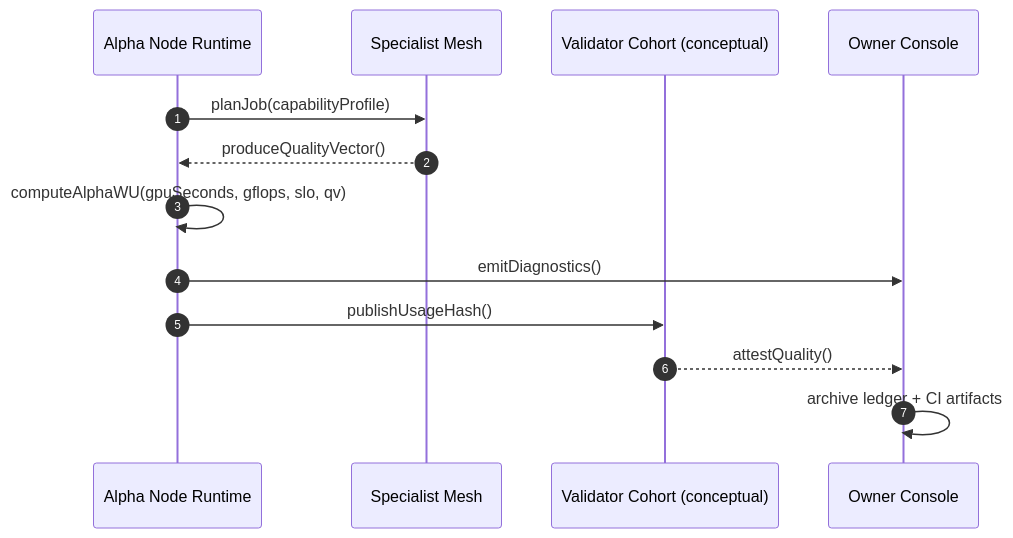
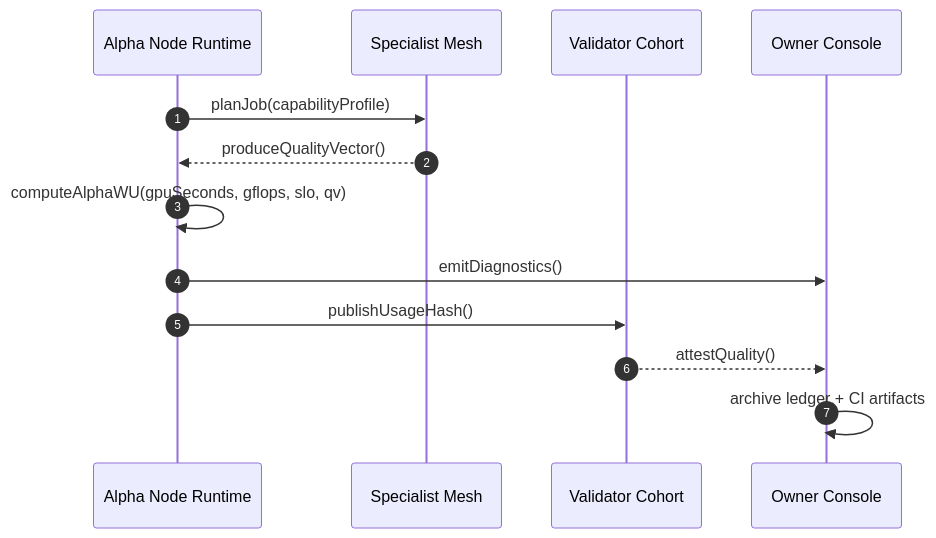
The second of 8 diagrams in docs/economics.md (MontrealAI/AGI-Alpha-Node-v0), drawn with Mermaid before and after one commit. The commit also changed other lines of this file, not shown here.

````diff
--- a/docs/economics.md
+++ b/docs/economics.md
@@ -136,16 +125,16 @@
 ```mermaid
 sequenceDiagram
   autonumber
   participant Node as Alpha Node Runtime
   participant Mesh as Specialist Mesh
-  participant Validators as Validator Cohort (conceptual)
+  participant Validators as Validator Cohort
   participant Owner as Owner Console
 
   Node->>Mesh: planJob(capabilityProfile)
   Mesh-->>Node: produceQualityVector()
   Node->>Node: computeAlphaWU(gpuSeconds, gflops, slo, qv)
   Node->>Owner: emitDiagnostics()
   Node->>Validators: publishUsageHash()
   Validators-->>Owner: attestQuality()
   Owner->>Owner: archive ledger + CI artifacts
 ```
````
